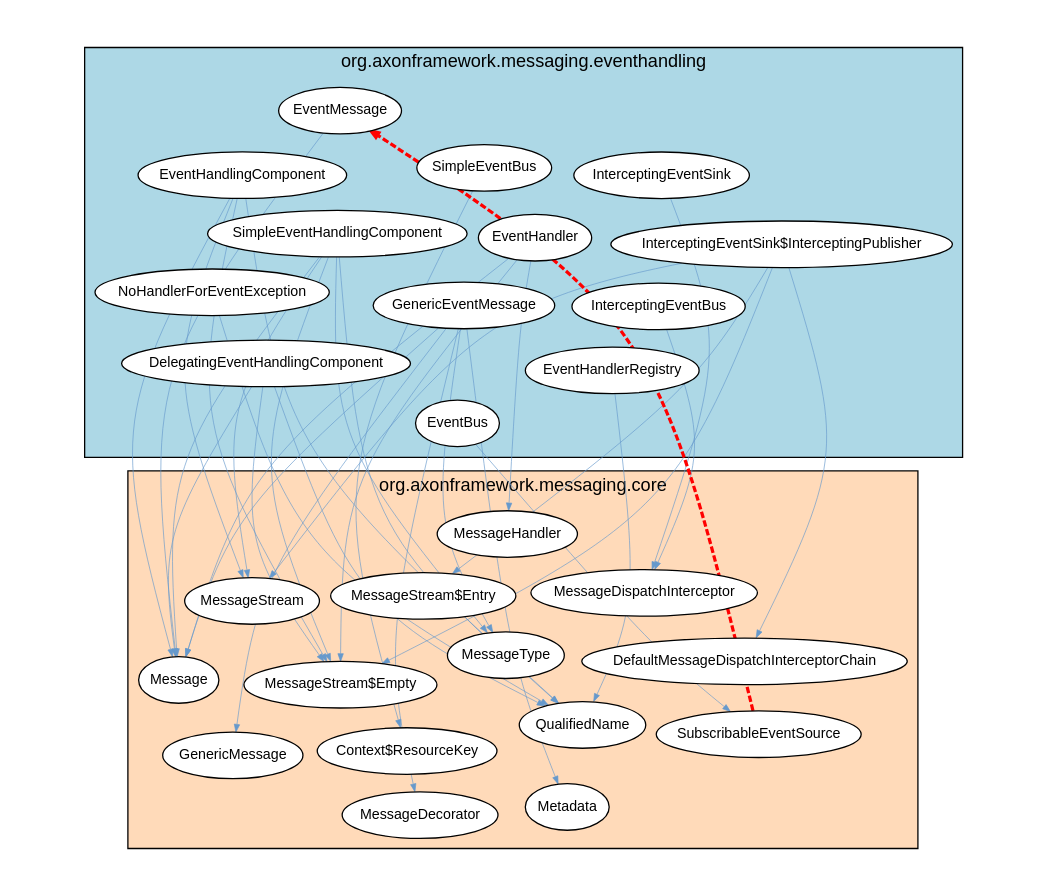
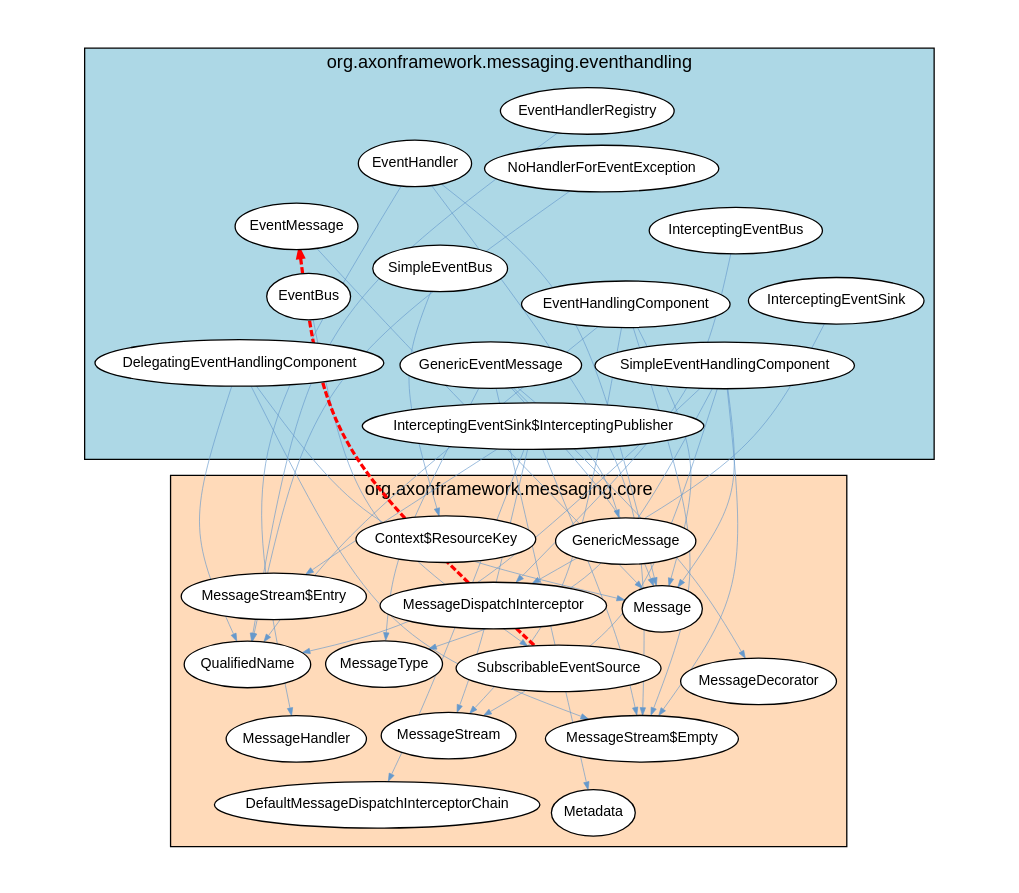
One commit to JohT/code-graph-analysis-examples changed the diagram in analysis-results/AxonFramework/latest/cyclic-dependencies/Java_Package/Graph_Visualizations/graphviz/JavaPackageCyclicDependencies2.gv. Above: the diagram before and after it, drawn with Graphviz. The commit also changed other lines of this file and 987 other files, not shown here.

```diff
--- a/analysis-results/AxonFramework/latest/cyclic-dependencies/Java_Package/Graph_Visualizations/graphviz/JavaPackageCyclicDependencies2.gv
+++ b/analysis-results/AxonFramework/latest/cyclic-dependencies/Java_Package/Graph_Visualizations/graphviz/JavaPackageCyclicDependencies2.gv
@@ -1,79 +1,79 @@
 strict digraph cycle {
     graph [layout = "fdp"; start = "7"; splines = "curved"; pad = "0.8,0.4"; outputorder = "edgesfirst";];
     graph [fontname = "Helvetica,Arial,sans-serif"; labelloc = "t";];
     node [fontname = "Helvetica,Arial,sans-serif"; style = "filled"; fillcolor = "white";];
     node [fontsize = 11; margin = "0.05,0.05";];
     edge [fontsize = 9; arrowsize = "0.6";];
 
     subgraph cluster_package {
         label="org.axonframework.messaging.eventhandling";
         style="filled";
         fillcolor="lightblue";
         "InterceptingEventSink";
         "GenericEventMessage";
         "EventHandlerRegistry";
         "SimpleEventBus";
         "EventHandlingComponent";
         "DelegatingEventHandlingComponent";
         "EventMessage";
+        "EventHandler";
         "InterceptingEventBus";
         "InterceptingEventSink$InterceptingPublisher";
-        "EventHandler";
         "SimpleEventHandlingComponent";
         "EventBus";
         "NoHandlerForEventException";
     }
 
     subgraph cluster_dependent {
         label="org.axonframework.messaging.core";
         style="filled";
         fillcolor="peachpuff";
+        "MessageHandler";
         "Context$ResourceKey";
-        "MessageHandler";
         "GenericMessage";
         "MessageStream$Entry";
         "Metadata";
+        "QualifiedName";
         "MessageStream";
-        "QualifiedName";
         "DefaultMessageDispatchInterceptorChain";
         "Message";
         "MessageDecorator";
         "MessageStream$Empty";
         "MessageType";
         "MessageDispatchInterceptor";
         "SubscribableEventSource";
     }
 
+    "SimpleEventHandlingComponent" -> "MessageStream" [color="#6699CC"; penwidth="0.5"];
+    "SimpleEventHandlingComponent" -> "Message" [color="#6699CC"; penwidth="0.5"];
     "SimpleEventHandlingComponent" -> "QualifiedName" [color="#6699CC"; penwidth="0.5"];
-    "SimpleEventHandlingComponent" -> "Message" [color="#6699CC"; penwidth="0.5"];
-    "SimpleEventHandlingComponent" -> "MessageStream" [color="#6699CC"; penwidth="0.5"];
     "EventMessage" -> "Message" [color="#6699CC"; penwidth="0.5"];
+    "SimpleEventHandlingComponent" -> "MessageType" [color="#6699CC"; penwidth="0.5"];
+    "EventHandler" -> "MessageStream$Empty" [color="#6699CC"; penwidth="0.5"];
     "SimpleEventBus" -> "Context$ResourceKey" [color="#6699CC"; penwidth="0.5"];
-    "SimpleEventHandlingComponent" -> "MessageType" [color="#6699CC"; penwidth="0.5"];
     "DelegatingEventHandlingComponent" -> "Message" [color="#6699CC"; penwidth="0.5"];
-    "EventHandler" -> "MessageStream$Empty" [color="#6699CC"; penwidth="0.5"];
     "InterceptingEventBus" -> "MessageDispatchInterceptor" [color="#6699CC"; penwidth="0.5"];
     "GenericEventMessage" -> "Message" [color="#6699CC"; penwidth="0.5"];
     "GenericEventMessage" -> "MessageType" [color="#6699CC"; penwidth="0.5"];
+    "EventHandlingComponent" -> "QualifiedName" [color="#6699CC"; penwidth="0.5"];
     "EventHandlingComponent" -> "MessageStream" [color="#6699CC"; penwidth="0.5"];
-    "EventHandlingComponent" -> "QualifiedName" [color="#6699CC"; penwidth="0.5"];
     "EventHandlerRegistry" -> "QualifiedName" [color="#6699CC"; penwidth="0.5"];
     "InterceptingEventSink$InterceptingPublisher" -> "MessageStream$Empty" [color="#6699CC"; penwidth="0.5"];
     "EventHandlingComponent" -> "MessageStream$Empty" [color="#6699CC"; penwidth="0.5"];
+    "EventHandler" -> "MessageHandler" [color="#6699CC"; penwidth="0.5"];
     "InterceptingEventSink$InterceptingPublisher" -> "DefaultMessageDispatchInterceptorChain" [color="#6699CC"; penwidth="0.5"];
     "DelegatingEventHandlingComponent" -> "QualifiedName" [color="#6699CC"; penwidth="0.5"];
-    "EventHandler" -> "MessageHandler" [color="#6699CC"; penwidth="0.5"];
     "NoHandlerForEventException" -> "QualifiedName" [color="#6699CC"; penwidth="0.5"];
+    "DelegatingEventHandlingComponent" -> "MessageStream$Empty" [color="#6699CC"; penwidth="0.5"];
     "EventBus" -> "SubscribableEventSource" [color="#6699CC"; penwidth="0.5"];
-    "DelegatingEventHandlingComponent" -> "MessageStream$Empty" [color="#6699CC"; penwidth="0.5"];
     "SimpleEventHandlingComponent" -> "MessageStream$Empty" [color="#6699CC"; penwidth="0.5"];
+    "EventHandler" -> "Message" [color="#6699CC"; penwidth="0.5"];
     "GenericEventMessage" -> "MessageDecorator" [color="#6699CC"; penwidth="0.5"];
-    "EventHandler" -> "Message" [color="#6699CC"; penwidth="0.5"];
     "GenericEventMessage" -> "GenericMessage" [color="#6699CC"; penwidth="0.5"];
+    "InterceptingEventSink$InterceptingPublisher" -> "MessageStream" [color="#6699CC"; penwidth="0.5"];
     "InterceptingEventSink" -> "MessageDispatchInterceptor" [color="#6699CC"; penwidth="0.5"];
-    "InterceptingEventSink$InterceptingPublisher" -> "MessageStream" [color="#6699CC"; penwidth="0.5"];
     "GenericEventMessage" -> "Metadata" [color="#6699CC"; penwidth="0.5"];
     "InterceptingEventSink$InterceptingPublisher" -> "MessageStream$Entry" [color="#6699CC"; penwidth="0.5"];
     "EventHandlingComponent" -> "Message" [color="#6699CC"; penwidth="0.5"];
     "SubscribableEventSource" -> "EventMessage" [color="red"; penwidth="2.5"; style="dashed";];
 }
```
